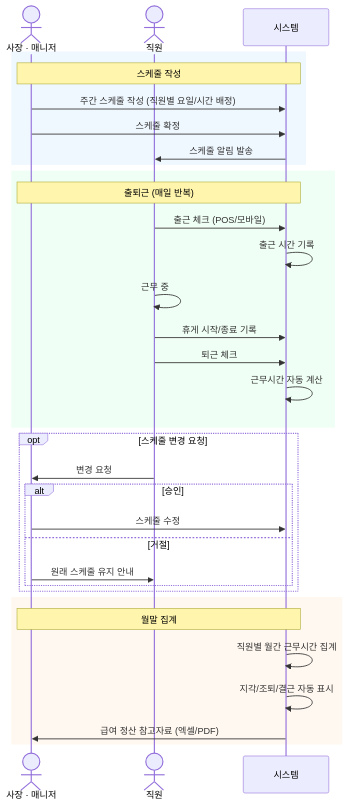
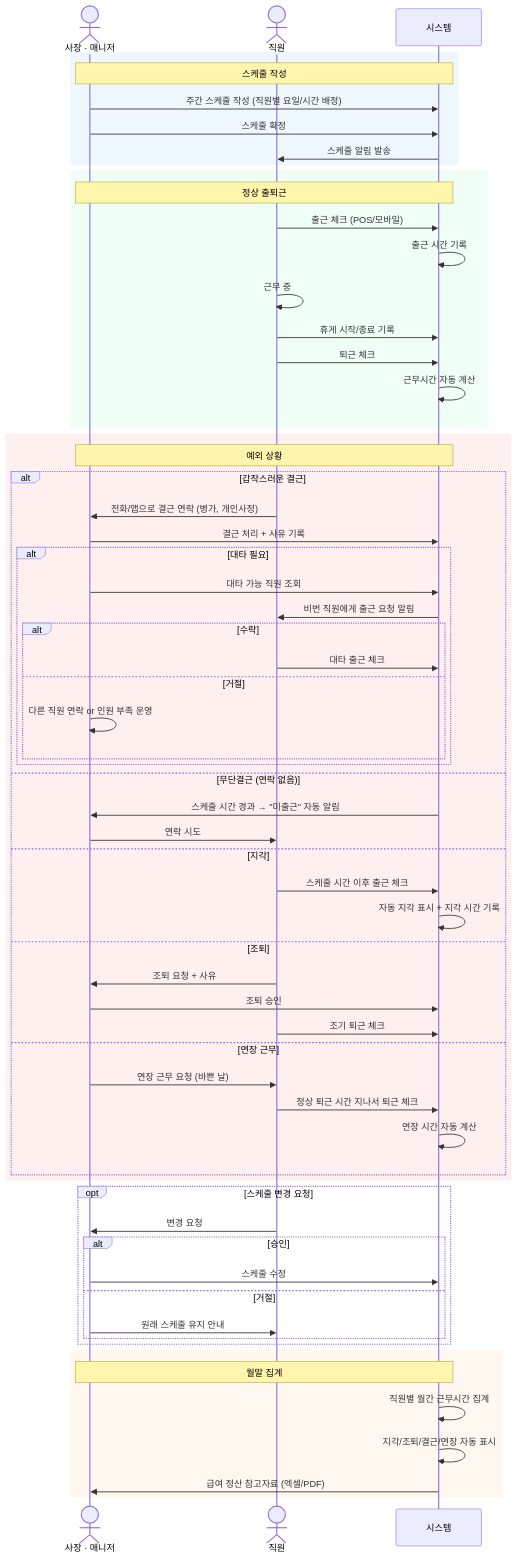
Before and after one commit to JangHyeonHo/ProjectSMS: the eighth of 12 diagrams in docs/08-workflow-diagrams.md, drawn with Mermaid. The commit also changed 1 other file, not shown here.

Commit message:
docs: add staff attendance exception scenarios
Cover real-world edge cases: sudden sick leave, no-show (auto alert
to manager), substitute/backup staffing with availability check,
late arrival (auto-flagged), early leave with approval, overtime
requests, and unscheduled attendance. Updated both feature spec
and workflow diagram.

https://claude.ai/code/session_01LMF9EHksrqDvV5KWNKKqwK

````diff
--- a/docs/08-workflow-diagrams.md
+++ b/docs/08-workflow-diagrams.md
@@ -294,39 +294,70 @@
 ```mermaid
 sequenceDiagram
     actor 사장 as 사장 · 매니저
     actor 직원
     participant 시스템
 
     rect rgb(240, 248, 255)
         Note over 사장, 시스템: 스케줄 작성
         사장->>시스템: 주간 스케줄 작성 (직원별 요일/시간 배정)
         사장->>시스템: 스케줄 확정
         시스템->>직원: 스케줄 알림 발송
     end
 
     rect rgb(240, 255, 245)
-        Note over 사장, 시스템: 출퇴근 (매일 반복)
+        Note over 사장, 시스템: 정상 출퇴근
         직원->>시스템: 출근 체크 (POS/모바일)
         시스템->>시스템: 출근 시간 기록
         직원->>직원: 근무 중
         직원->>시스템: 휴게 시작/종료 기록
         직원->>시스템: 퇴근 체크
         시스템->>시스템: 근무시간 자동 계산
+    end
+
+    rect rgb(255, 240, 240)
+        Note over 사장, 시스템: 예외 상황
+        alt 갑작스러운 결근
+            직원->>사장: 전화/앱으로 결근 연락 (병가, 개인사정)
+            사장->>시스템: 결근 처리 + 사유 기록
+            alt 대타 필요
+                사장->>시스템: 대타 가능 직원 조회
+                시스템->>직원: 비번 직원에게 출근 요청 알림
+                alt 수락
+                    직원->>시스템: 대타 출근 체크
+                else 거절
+                    사장->>사장: 다른 직원 연락 or 인원 부족 운영
+                end
+            end
+        else 무단결근 (연락 없음)
+            시스템->>사장: 스케줄 시간 경과 → "미출근" 자동 알림
+            사장->>직원: 연락 시도
+        else 지각
+            직원->>시스템: 스케줄 시간 이후 출근 체크
+            시스템->>시스템: 자동 지각 표시 + 지각 시간 기록
+        else 조퇴
+            직원->>사장: 조퇴 요청 + 사유
+            사장->>시스템: 조퇴 승인
+            직원->>시스템: 조기 퇴근 체크
+        else 연장 근무
+            사장->>직원: 연장 근무 요청 (바쁜 날)
+            직원->>시스템: 정상 퇴근 시간 지나서 퇴근 체크
+            시스템->>시스템: 연장 시간 자동 계산
+        end
     end
 
     opt 스케줄 변경 요청
         직원->>사장: 변경 요청
         alt 승인
             사장->>시스템: 스케줄 수정
         else 거절
             사장->>직원: 원래 스케줄 유지 안내
         end
     end
 
     rect rgb(255, 248, 240)
         Note over 사장, 시스템: 월말 집계
         시스템->>시스템: 직원별 월간 근무시간 집계
-        시스템->>시스템: 지각/조퇴/결근 자동 표시
+        시스템->>시스템: 지각/조퇴/결근/연장 자동 표시
         시스템->>사장: 급여 정산 참고자료 (엑셀/PDF)
     end
 ```
````
